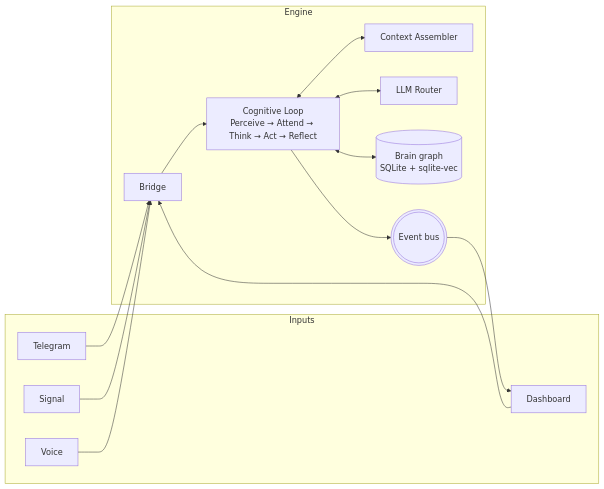
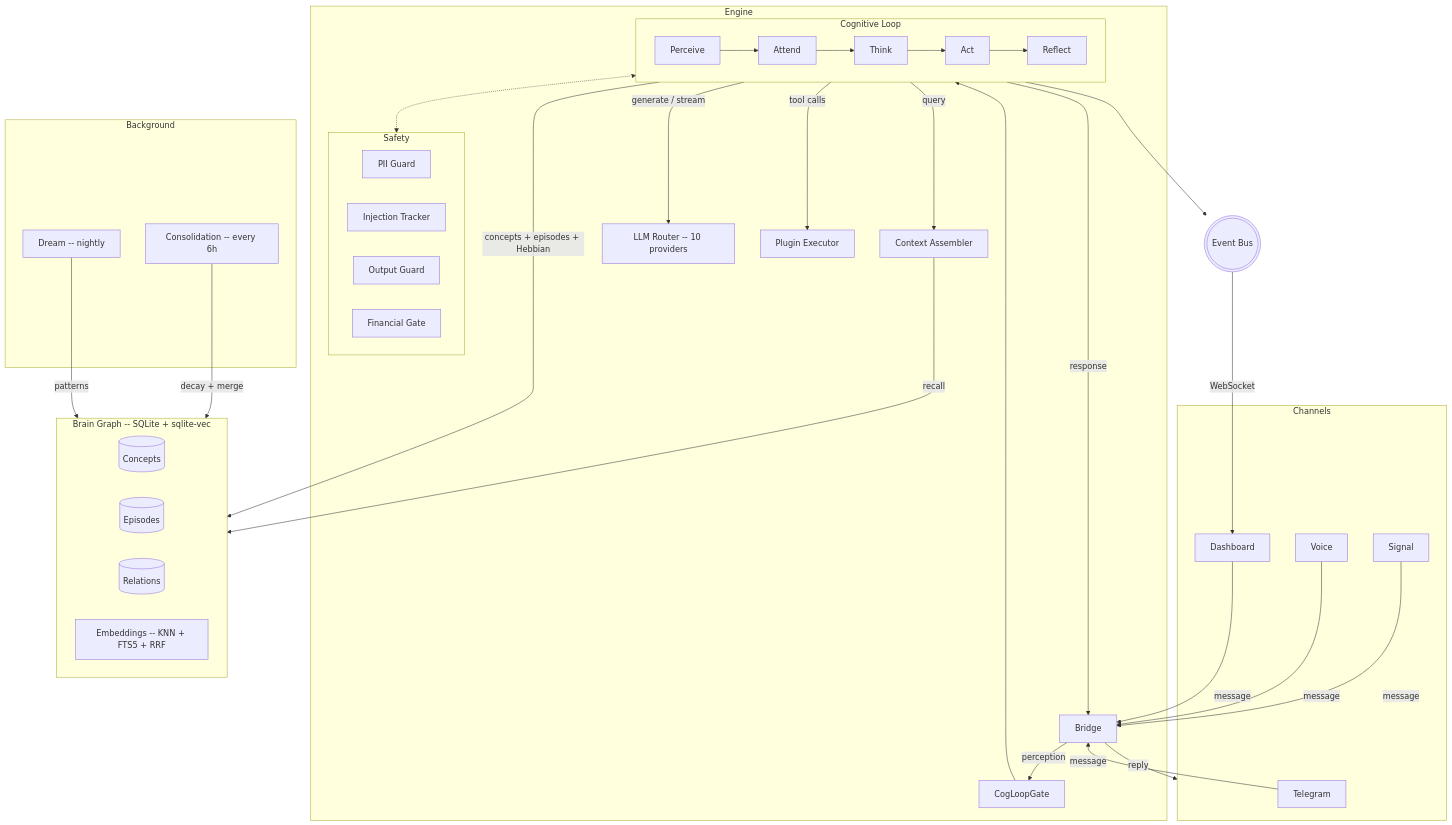
One commit to sovyx-ai/sovyx changed the diagram in README.md. Above: the diagram before and after it, drawn with Mermaid. The commit also changed other lines of this file and 2 other files, not shown here.

First line of the commit message:
docs: rewrite README from scratch — architecture diagram, dense features table

````diff
--- a/README.md
+++ b/README.md
@@ -83,25 +55,64 @@
 ```mermaid
-flowchart LR
-    subgraph Inputs
+flowchart TB
+    subgraph Channels
         TG[Telegram]
         SG[Signal]
         VX[Voice]
-        DC[Dashboard]
+        WEB[Dashboard]
     end
 
     subgraph Engine
         BR[Bridge]
-        CL[Cognitive Loop<br/>Perceive → Attend → Think → Act → Reflect]
+        GATE[CogLoopGate]
+
+        subgraph CognitiveLoop["Cognitive Loop"]
+            direction LR
+            P[Perceive] --> AT[Attend] --> TH[Think] --> ACT[Act] --> RF[Reflect]
+        end
+
+        subgraph Safety
+            PII[PII Guard]
+            INJ[Injection Tracker]
+            OUT[Output Guard]
+            FIN[Financial Gate]
+        end
+
         CTX[Context Assembler]
-        LR[LLM Router]
-        BRAIN[(Brain graph<br/>SQLite + sqlite-vec)]
-        EB(((Event bus)))
+        LLM[LLM Router -- 10 providers]
+        PLG[Plugin Executor]
     end
 
-    TG & SG & VX & DC --> BR --> CL
-    CL <--> CTX
-    CL <--> LR
-    CL <--> BRAIN
-    CL --> EB
-    EB --> DC
+    subgraph Brain["Brain Graph -- SQLite + sqlite-vec"]
+        CON[(Concepts)]
+        EPI[(Episodes)]
+        REL[(Relations)]
+        EMB[Embeddings -- KNN + FTS5 + RRF]
+    end
+
+    subgraph Background
+        CONS[Consolidation -- every 6h]
+        DREAM[Dream -- nightly]
+    end
+
+    EB(((Event Bus)))
+
+    TG & SG & VX & WEB -->|message| BR
+    BR -->|perception| GATE
+    GATE --> CognitiveLoop
+
+    AT <-.-> Safety
+    TH -->|query| CTX
+    CTX -->|recall| Brain
+    TH -->|generate / stream| LLM
+    ACT -->|tool calls| PLG
+    RF -->|"concepts + episodes + Hebbian"| Brain
+
+    CONS -->|decay + merge| Brain
+    DREAM -->|patterns| Brain
+
+    CognitiveLoop -->|response| BR
+    BR -->|reply| Channels
+
+    CognitiveLoop --> EB
+    EB -->|WebSocket| WEB
 ```
````
